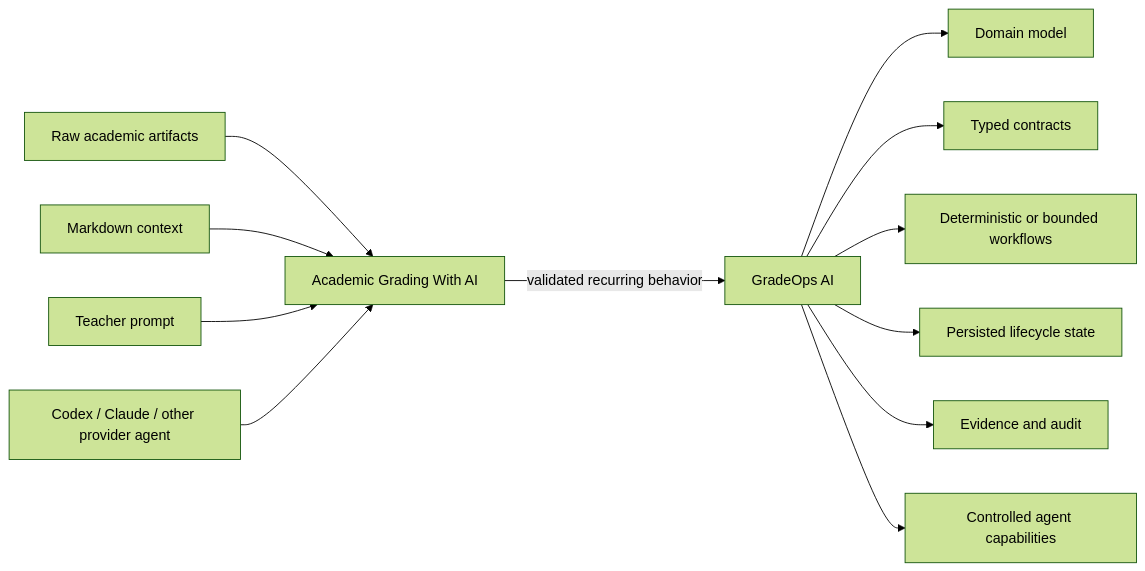
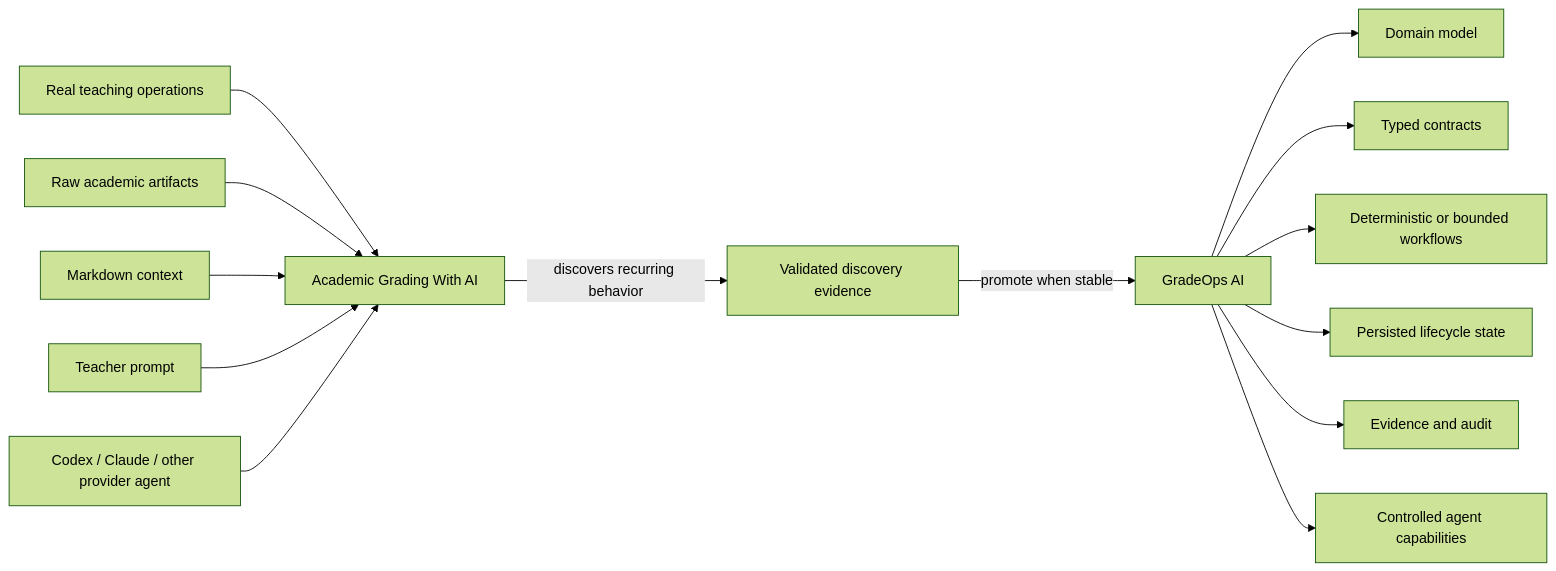
Before and after one commit to cmartinezs/academic-grading-with-ai: the diagram in docs/architecture/10-gradeops-ai-relationship.md, drawn with Mermaid (forest theme). The commit also changed other lines of this file, not shown here.

Commit message:
docs: classify Academic Grading as teaching discovery source for GradeOps

````diff
--- a/docs/architecture/10-gradeops-ai-relationship.md
+++ b/docs/architecture/10-gradeops-ai-relationship.md
@@ -30,16 +38,18 @@
 ```mermaid
 flowchart LR
-    RAW[Raw academic artifacts] --> AG[Academic Grading With AI]
+    T[Real teaching operations] --> AG[Academic Grading With AI]
+    RAW[Raw academic artifacts] --> AG
     MD[Markdown context] --> AG
     PROMPT[Teacher prompt] --> AG
     PROVIDER[Codex / Claude / other provider agent] --> AG
 
-    AG -->|validated recurring behavior| GO[GradeOps AI]
+    AG -->|discovers recurring behavior| DISC[Validated discovery evidence]
+    DISC -->|promote when stable| GO[GradeOps AI]
 
     GO --> DOMAIN[Domain model]
     GO --> CONTRACTS[Typed contracts]
     GO --> WF[Deterministic or bounded workflows]
     GO --> STATE[Persisted lifecycle state]
     GO --> AUDIT[Evidence and audit]
     GO --> AGENT[Controlled agent capabilities]
 ```
````
